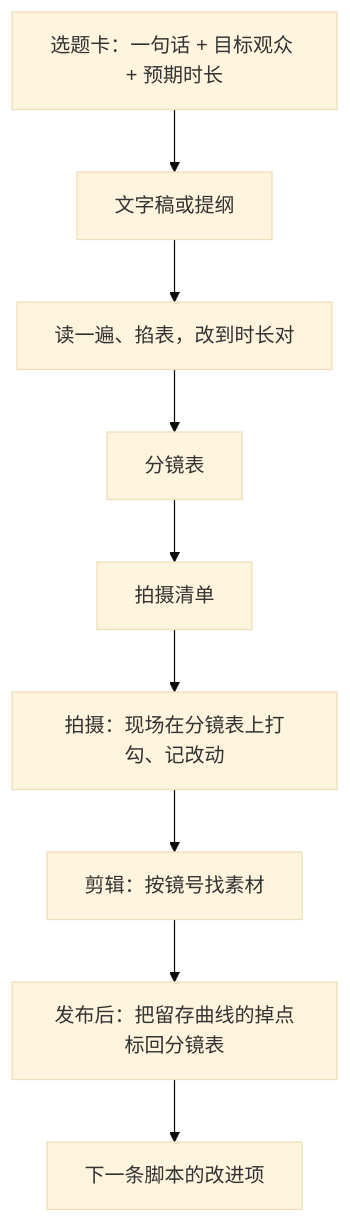
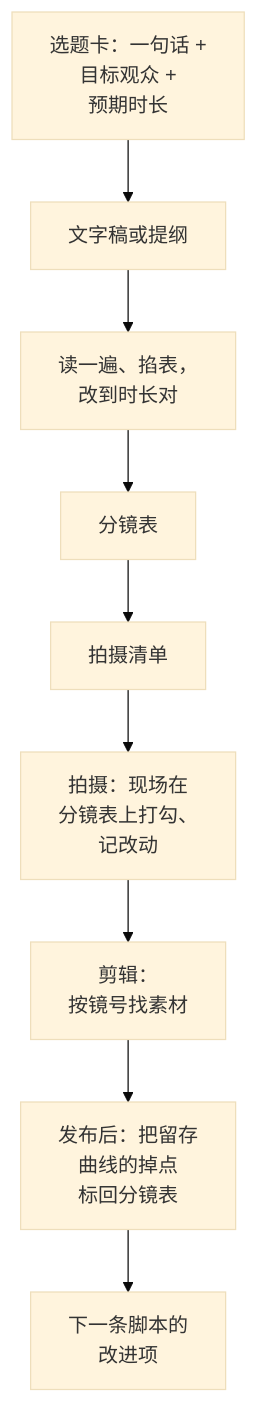
One commit to jarvis-pro/hatch-shelf changed the second of 2 diagrams in books/video-script-storyboard/01-why-script.md. Above: the diagram before and after it, drawn with Mermaid (base theme). The commit also changed other lines of this file and 432 other files, not shown here.

````diff
--- a/books/video-script-storyboard/01-why-script.md
+++ b/books/video-script-storyboard/01-why-script.md
@@ -139,11 +137,11 @@
 ```mermaid
 flowchart TD
-  A["选题卡：一句话 + 目标观众 + 预期时长"] --> B["文字稿或提纲"]
-  B --> C["读一遍、掐表，改到时长对"]
+  A["选题卡：一句话 +<br/>目标观众 +<br/>预期时长"] --> B["文字稿或提纲"]
+  B --> C["读一遍、掐表，<br/>改到时长对"]
   C --> D["分镜表"]
   D --> E["拍摄清单"]
-  E --> F["拍摄：现场在分镜表上打勾、记改动"]
-  F --> G["剪辑：按镜号找素材"]
-  G --> H["发布后：把留存曲线的掉点标回分镜表"]
-  H --> I["下一条脚本的改进项"]
+  E --> F["拍摄：现场在<br/>分镜表上打勾、<br/>记改动"]
+  F --> G["剪辑：<br/>按镜号找素材"]
+  G --> H["发布后：把留存<br/>曲线的掉点<br/>标回分镜表"]
+  H --> I["下一条脚本的<br/>改进项"]
 ```
````
